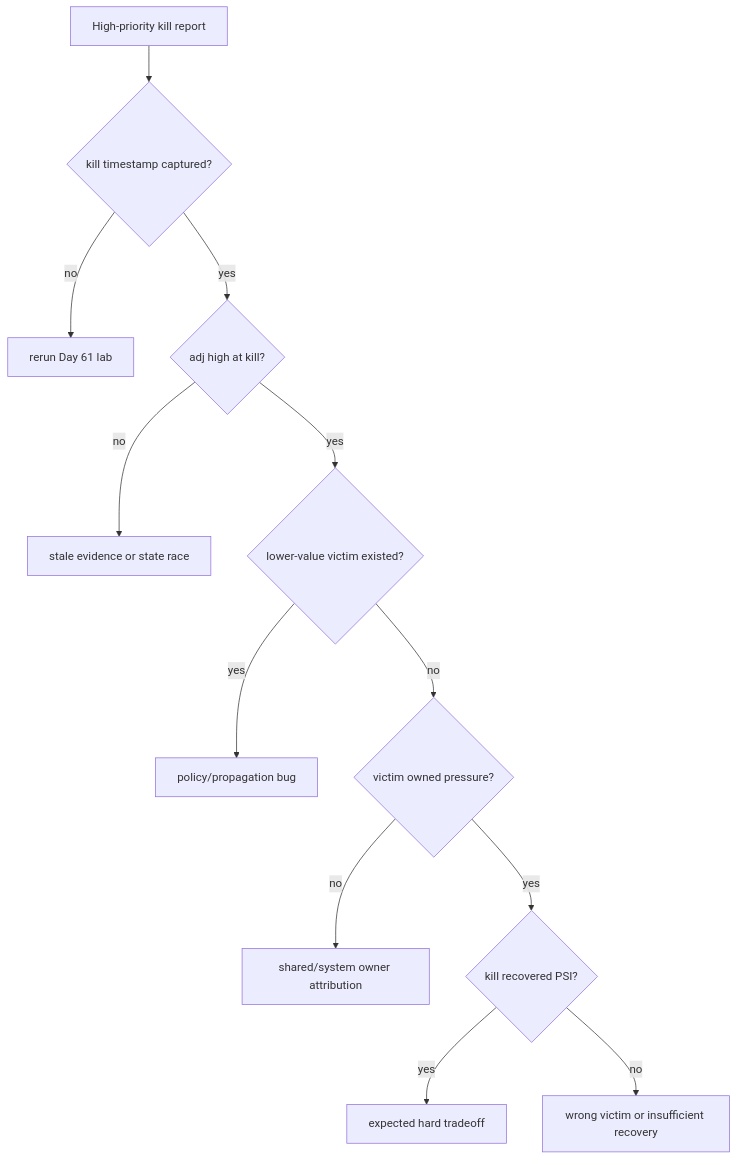
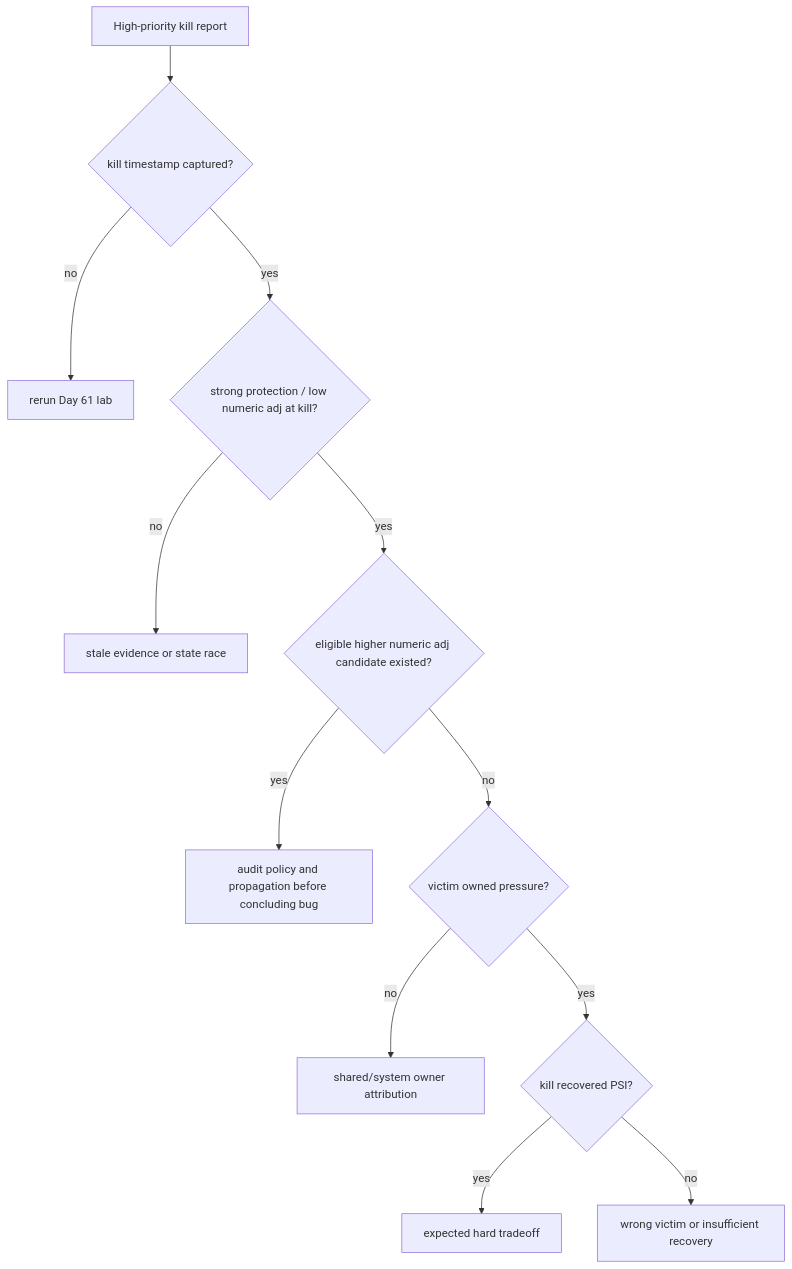
One commit to hello-he/android-memory-expert changed the fifth of 6 diagrams in docs/week-10/day65-case-lmkd-high-priority-kill.md. Above: the diagram before and after it, drawn with Mermaid. The commit also changed other lines of this file and 13 other files, not shown here.

````diff
--- a/docs/week-10/day65-case-lmkd-high-priority-kill.md
+++ b/docs/week-10/day65-case-lmkd-high-priority-kill.md
@@ -128,14 +132,14 @@
 ```mermaid
 flowchart TD
     A[High-priority kill report] --> B{kill timestamp captured?}
     B -- no --> C[rerun Day 61 lab]
-    B -- yes --> D{adj high at kill?}
+    B -- yes --> D{strong protection / low numeric adj at kill?}
     D -- no --> E[stale evidence or state race]
-    D -- yes --> F{lower-value victim existed?}
-    F -- yes --> G[policy/propagation bug]
+    D -- yes --> F{eligible higher numeric adj candidate existed?}
+    F -- yes --> G[audit policy and propagation before concluding bug]
     F -- no --> H{victim owned pressure?}
     H -- no --> I[shared/system owner attribution]
     H -- yes --> J{kill recovered PSI?}
     J -- yes --> K[expected hard tradeoff]
     J -- no --> L[wrong victim or insufficient recovery]
 ```
````
